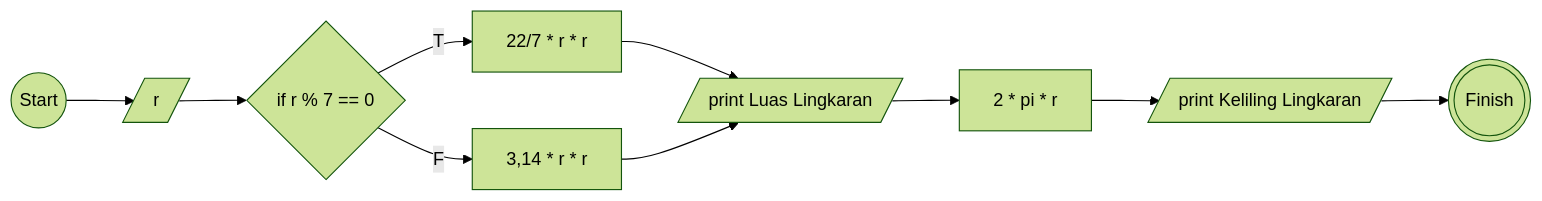
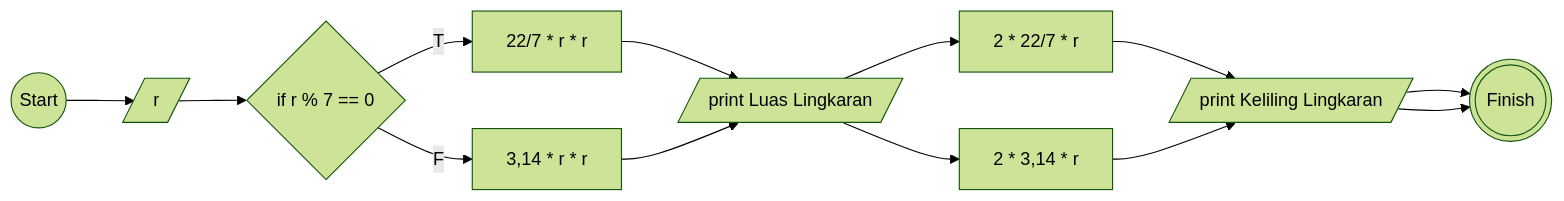
Before and after one commit to aldi-ardyansah/koda-b10-algoritma: the second of 2 diagrams in README.md, drawn with Mermaid (forest theme).

````diff
--- a/README.md
+++ b/README.md
@@ -42,9 +42,11 @@
 ```mermaid
 flowchart LR
     A((Start)) --> B[/r/]
     B[/r/] --> C{if r % 7 == 0}
     C{if r % 7 == 0} --T--> D[22/7 * r * r] --> F[/print Luas Lingkaran/]
     C{if r % 7 == 0} --F--> E[3,14 * r * r] --> F[/print Luas Lingkaran/]
-    F[/print Luas Lingkaran/] --> G[2 * pi * r]
-    G[2 * pi * r] --> H[/print Keliling Lingkaran/] --> I(((Finish)))
+    F[/print Luas Lingkaran/] --> G[2 * 22/7 * r]
+    F[/print Luas Lingkaran/] --> H[2 * 3,14 * r]
+    G[2 * 22/7 * r] --> I[/print Keliling Lingkaran/] --> J(((Finish)))
+    H[2 * 3,14 * r] --> I[/print Keliling Lingkaran/] --> J(((Finish)))
 ```
````
